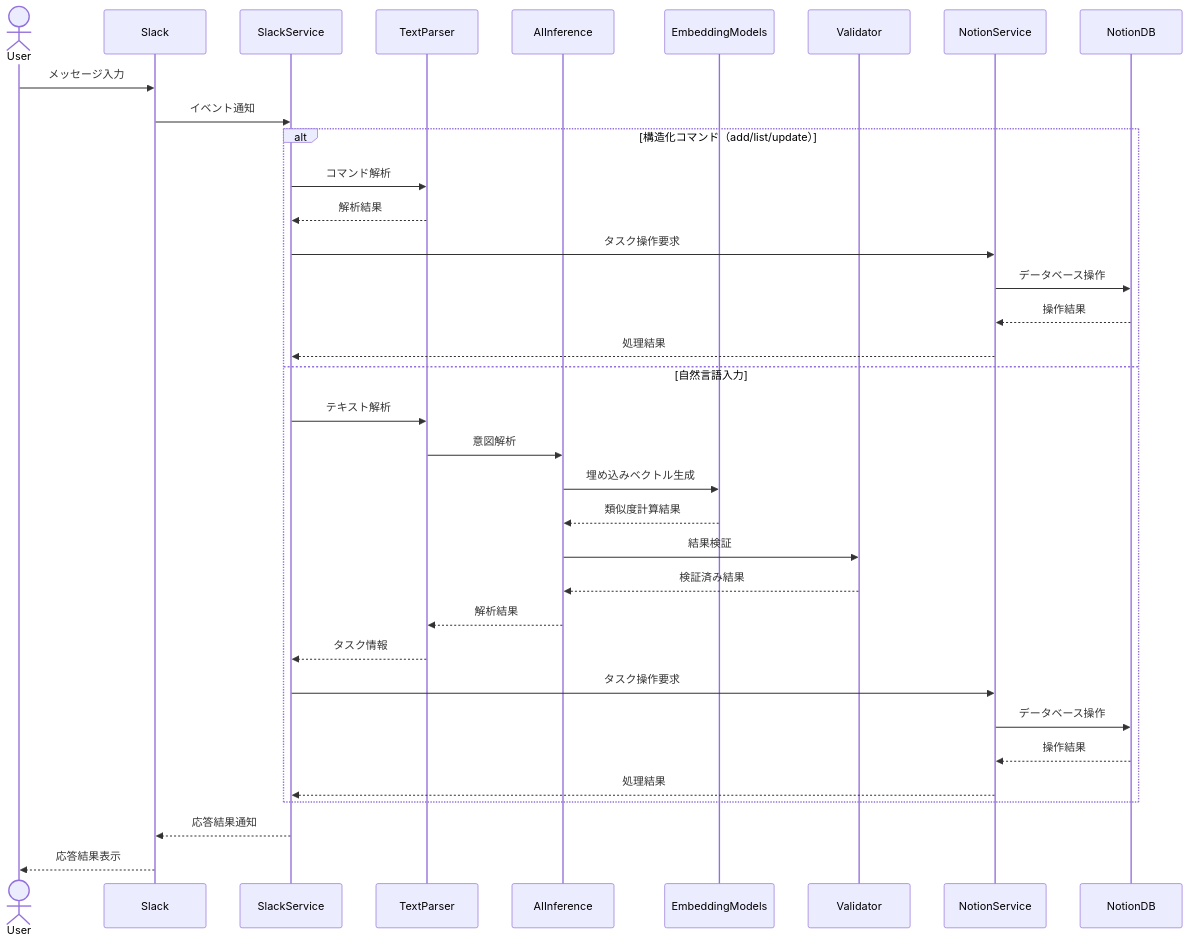
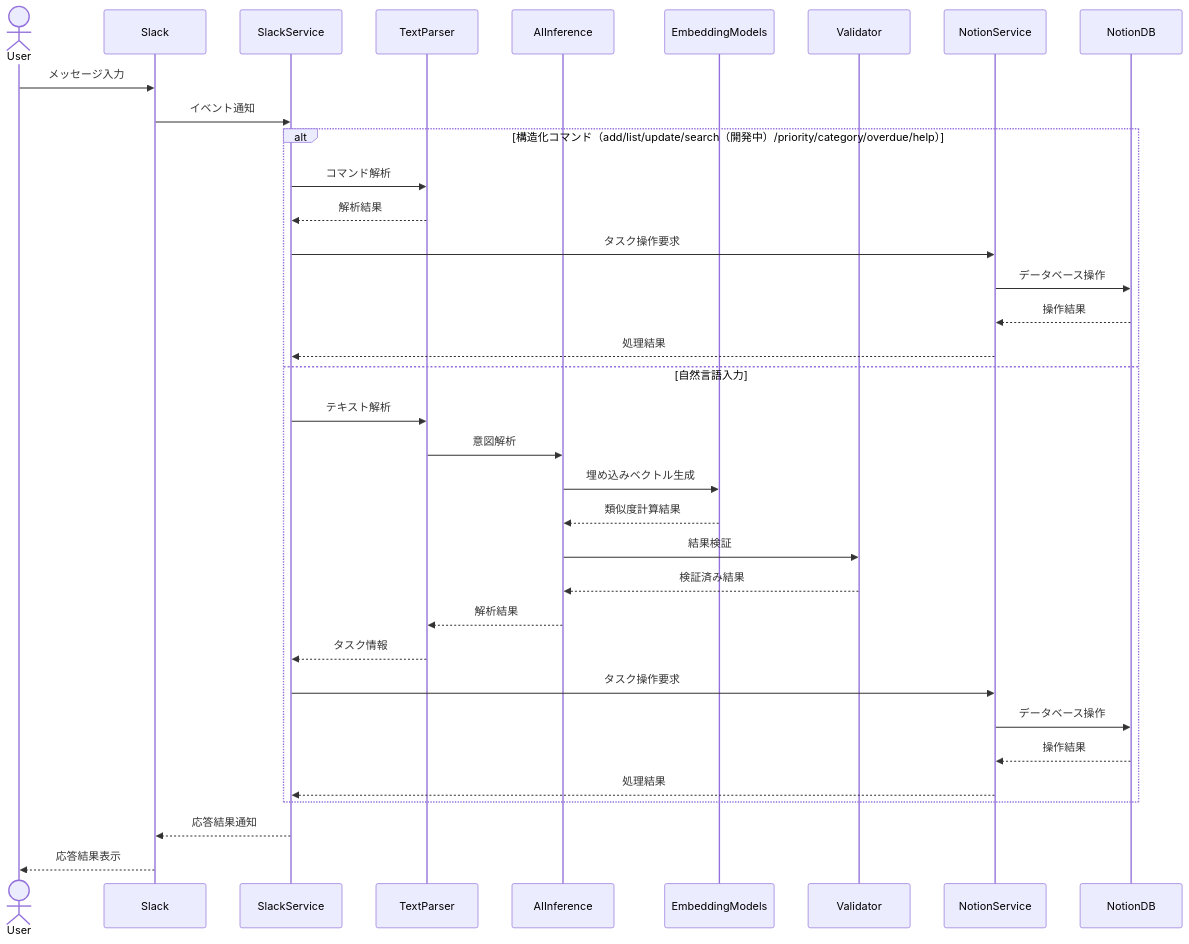
The third of 3 diagrams in docs/システム概要.md (YL08140921/Task-Manager-for-Slack-bot), drawn with Mermaid before and after one commit.

Commit message:
システム概要のdocs-修正

````diff
--- a/docs/システム概要.md
+++ b/docs/システム概要.md
@@ -145,40 +145,40 @@
 ```mermaid
 sequenceDiagram
     actor User
     participant Slack
     participant SS as SlackService
     participant TP as TextParser
     participant AI as AIInference
     participant EM as EmbeddingModels
     participant Val as Validator
     participant NS as NotionService
     participant Notion as NotionDB
 
     User->>Slack: メッセージ入力
     Slack->>SS: イベント通知
 
-    alt 構造化コマンド（add/list/update）
+    alt 構造化コマンド（add/list/update/search（開発中）/priority/category/overdue/help）
         SS->>TP: コマンド解析
         TP-->>SS: 解析結果
         SS->>NS: タスク操作要求
         NS->>Notion: データベース操作
         Notion-->>NS: 操作結果
         NS-->>SS: 処理結果
     else 自然言語入力
         SS->>TP: テキスト解析
         TP->>AI: 意図解析
         AI->>EM: 埋め込みベクトル生成
         EM-->>AI: 類似度計算結果
         AI->>Val: 結果検証
         Val-->>AI: 検証済み結果
         AI-->>TP: 解析結果
         TP-->>SS: タスク情報
         SS->>NS: タスク操作要求
         NS->>Notion: データベース操作
         Notion-->>NS: 操作結果
         NS-->>SS: 処理結果
     end
 
     SS-->>Slack: 応答結果通知
     Slack-->>User: 応答結果表示
 ```
````
